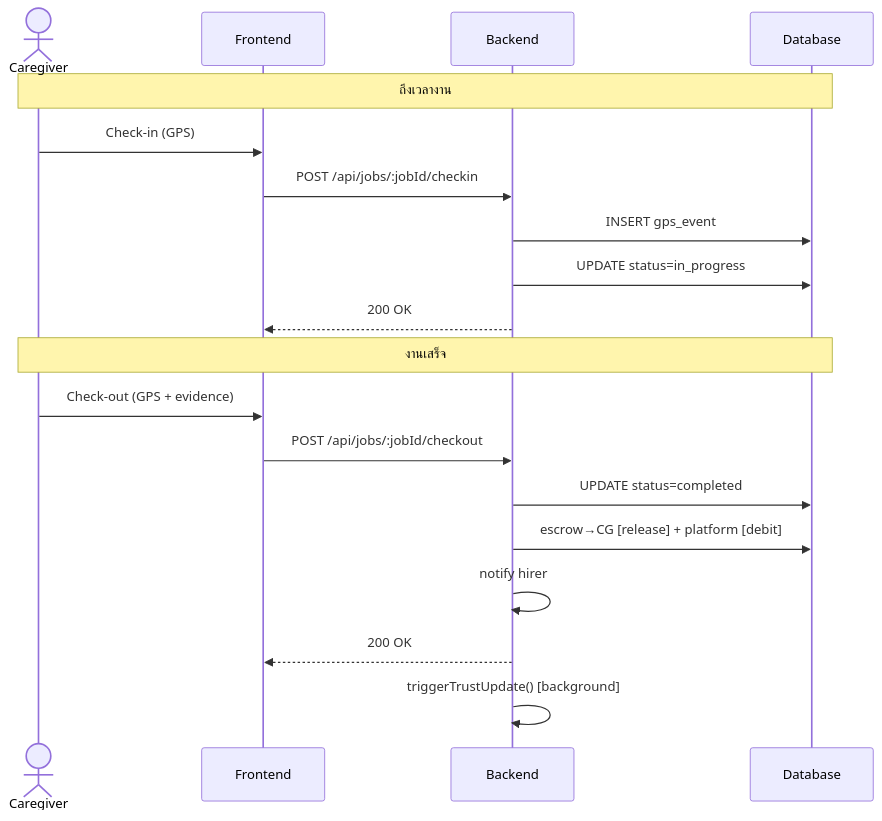
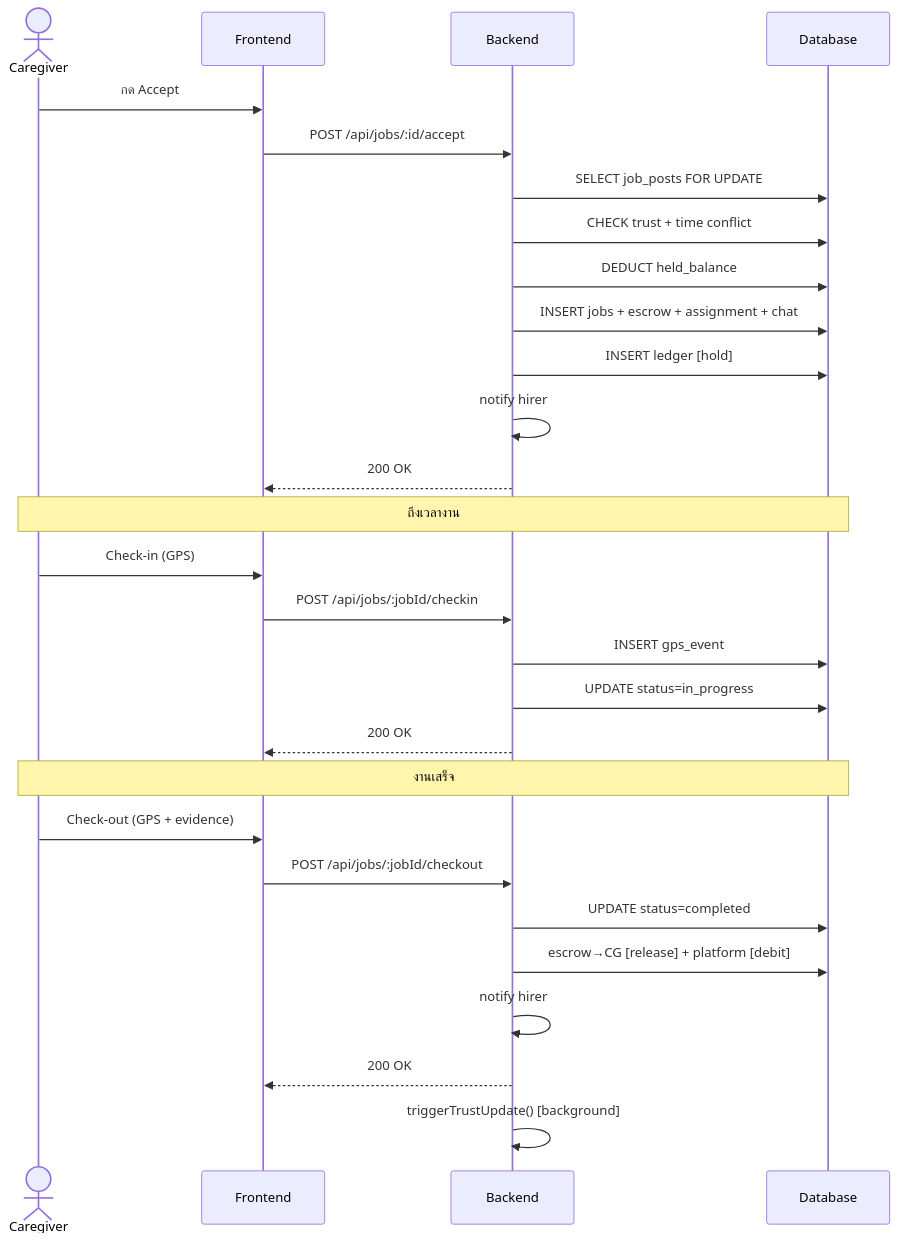
Before and after one commit to SakdaRt/Careconnect: the fourth of 7 diagrams in THESIS_CONTENT_CH3_PART3.md, drawn with Mermaid. The commit also changed other lines of this file, not shown here.

Commit message:
docs(thesis): เปลี่ยน PlantUML use case เป็นภาษาอังกฤษเพื่อรองรับการ render

````diff
--- a/THESIS_CONTENT_CH3_PART3.md
+++ b/THESIS_CONTENT_CH3_PART3.md
@@ -167,21 +106,30 @@
 ```mermaid
 sequenceDiagram
     actor CG as Caregiver
     participant FE as Frontend
     participant BE as Backend
     participant DB as Database
+    CG->>FE: กด Accept
+    FE->>BE: POST /api/jobs/:id/accept
+    BE->>DB: SELECT job_posts FOR UPDATE
+    BE->>DB: CHECK trust + time conflict
+    BE->>DB: DEDUCT held_balance
+    BE->>DB: INSERT jobs + escrow + assignment + chat
+    BE->>DB: INSERT ledger [hold]
+    BE->>BE: notify hirer
+    BE-->>FE: 200 OK
     Note over CG,DB: ถึงเวลางาน
     CG->>FE: Check-in (GPS)
     FE->>BE: POST /api/jobs/:jobId/checkin
     BE->>DB: INSERT gps_event
     BE->>DB: UPDATE status=in_progress
     BE-->>FE: 200 OK
     Note over CG,DB: งานเสร็จ
     CG->>FE: Check-out (GPS + evidence)
     FE->>BE: POST /api/jobs/:jobId/checkout
     BE->>DB: UPDATE status=completed
     BE->>DB: escrow→CG [release] + platform [debit]
     BE->>BE: notify hirer
     BE-->>FE: 200 OK
     BE->>BE: triggerTrustUpdate() [background]
 ```
````
